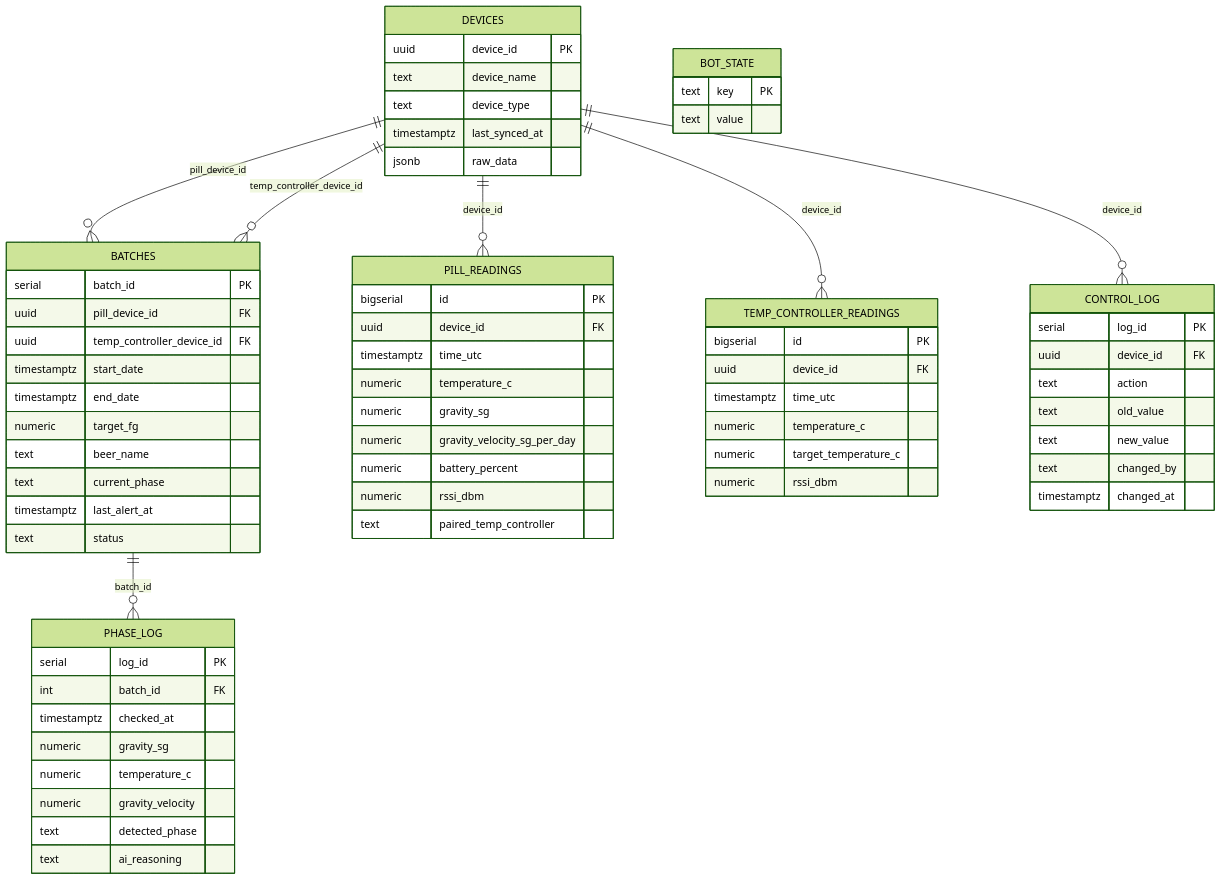
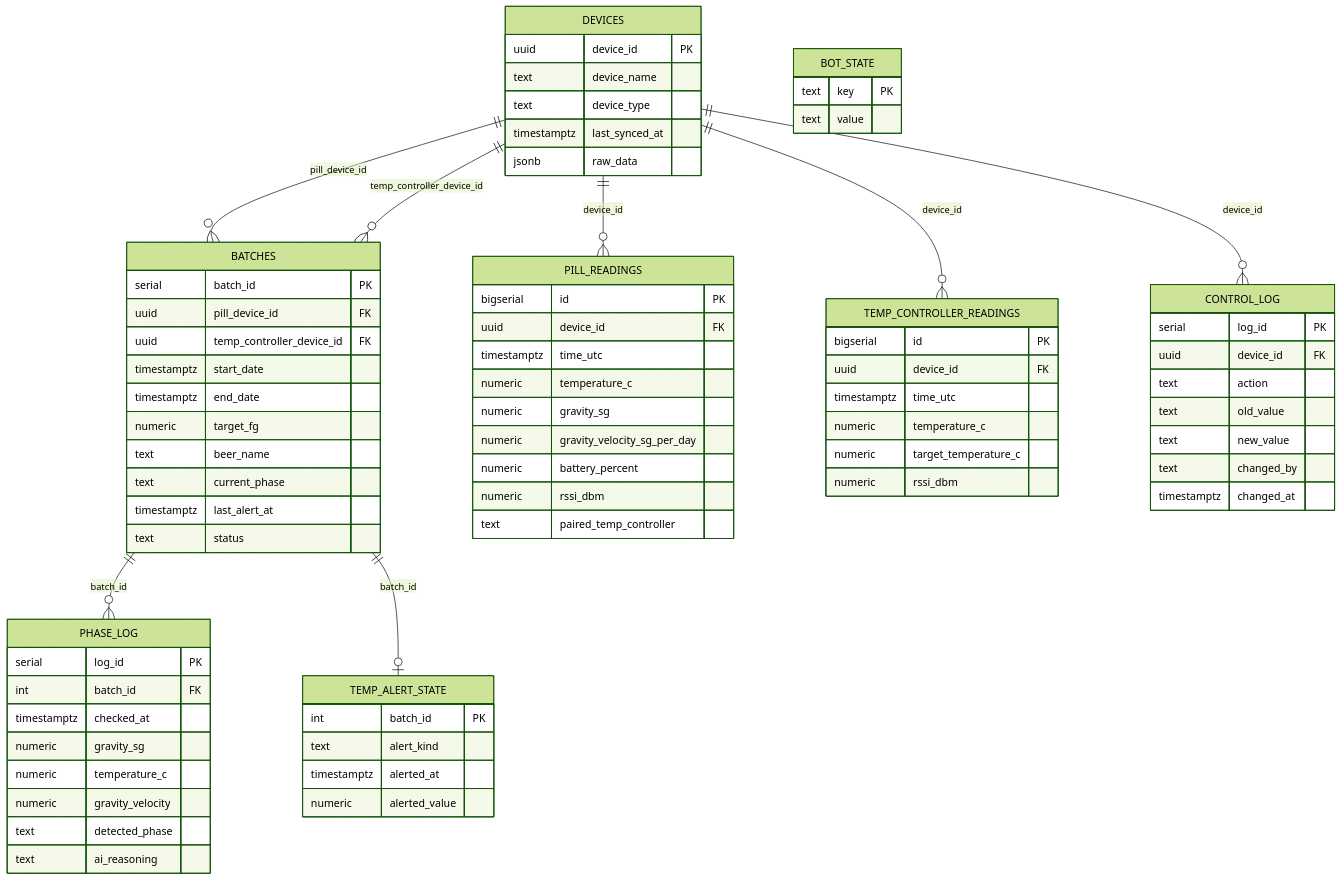
The diagram in er-diagram.mermaid (puatham/khelangbrewpub), drawn with Mermaid (forest theme) before and after one commit. The commit also changed 4 other files, not shown here.

```diff
--- a/er-diagram.mermaid
+++ b/er-diagram.mermaid
@@ -1,75 +1,83 @@
 erDiagram
     DEVICES ||--o{ BATCHES : "pill_device_id"
     DEVICES ||--o{ BATCHES : "temp_controller_device_id"
     DEVICES ||--o{ PILL_READINGS : "device_id"
     DEVICES ||--o{ TEMP_CONTROLLER_READINGS : "device_id"
     DEVICES ||--o{ CONTROL_LOG : "device_id"
     BATCHES ||--o{ PHASE_LOG : "batch_id"
+    BATCHES ||--o| TEMP_ALERT_STATE : "batch_id"
 
     DEVICES {
         uuid device_id PK
         text device_name
         text device_type
         timestamptz last_synced_at
         jsonb raw_data
     }
 
     BATCHES {
         serial batch_id PK
         uuid pill_device_id FK
         uuid temp_controller_device_id FK
         timestamptz start_date
         timestamptz end_date
         numeric target_fg
         text beer_name
         text current_phase
         timestamptz last_alert_at
         text status
     }
 
     PILL_READINGS {
         bigserial id PK
         uuid device_id FK
         timestamptz time_utc
         numeric temperature_c
         numeric gravity_sg
         numeric gravity_velocity_sg_per_day
         numeric battery_percent
         numeric rssi_dbm
         text paired_temp_controller
     }
 
     TEMP_CONTROLLER_READINGS {
         bigserial id PK
         uuid device_id FK
         timestamptz time_utc
         numeric temperature_c
         numeric target_temperature_c
         numeric rssi_dbm
     }
 
     PHASE_LOG {
         serial log_id PK
         int batch_id FK
         timestamptz checked_at
         numeric gravity_sg
         numeric temperature_c
         numeric gravity_velocity
         text detected_phase
         text ai_reasoning
     }
 
     CONTROL_LOG {
         serial log_id PK
         uuid device_id FK
         text action
         text old_value
         text new_value
         text changed_by
         timestamptz changed_at
     }
 
     BOT_STATE {
         text key PK
         text value
     }
+
+    TEMP_ALERT_STATE {
+        int batch_id PK
+        text alert_kind
+        timestamptz alerted_at
+        numeric alerted_value
+    }
```
